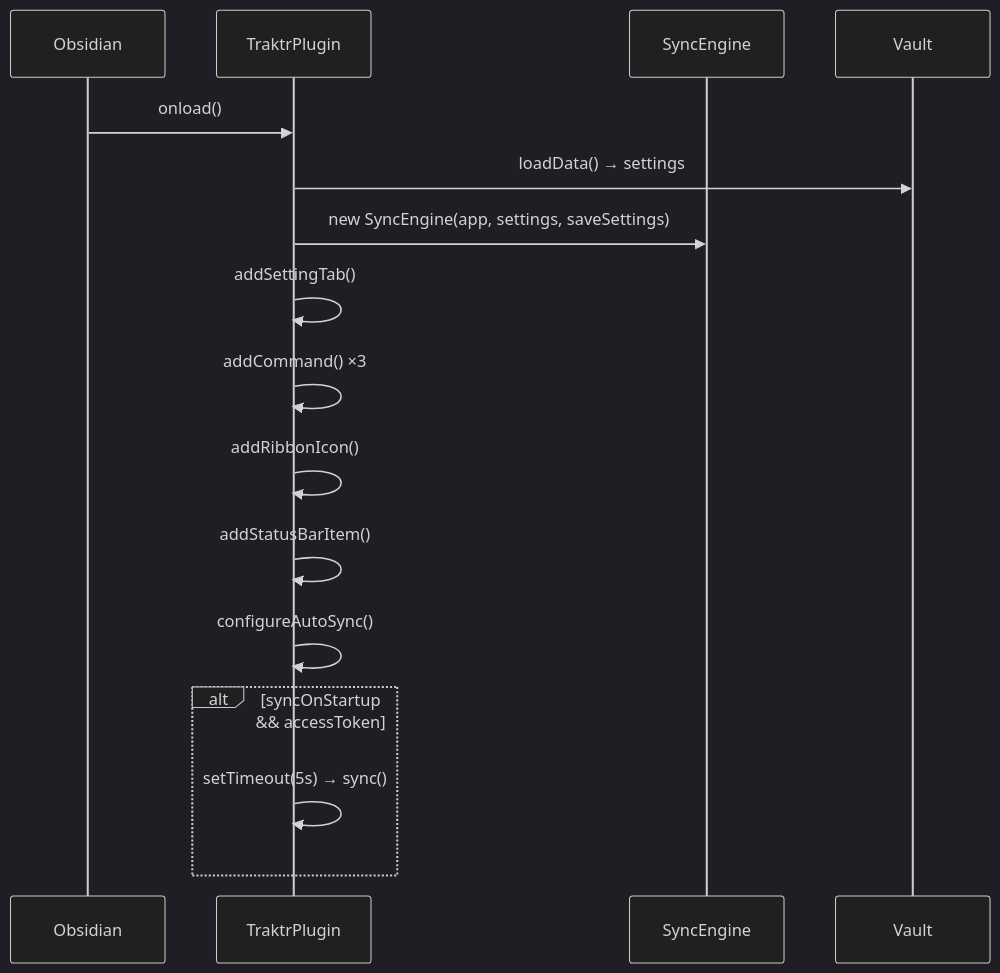
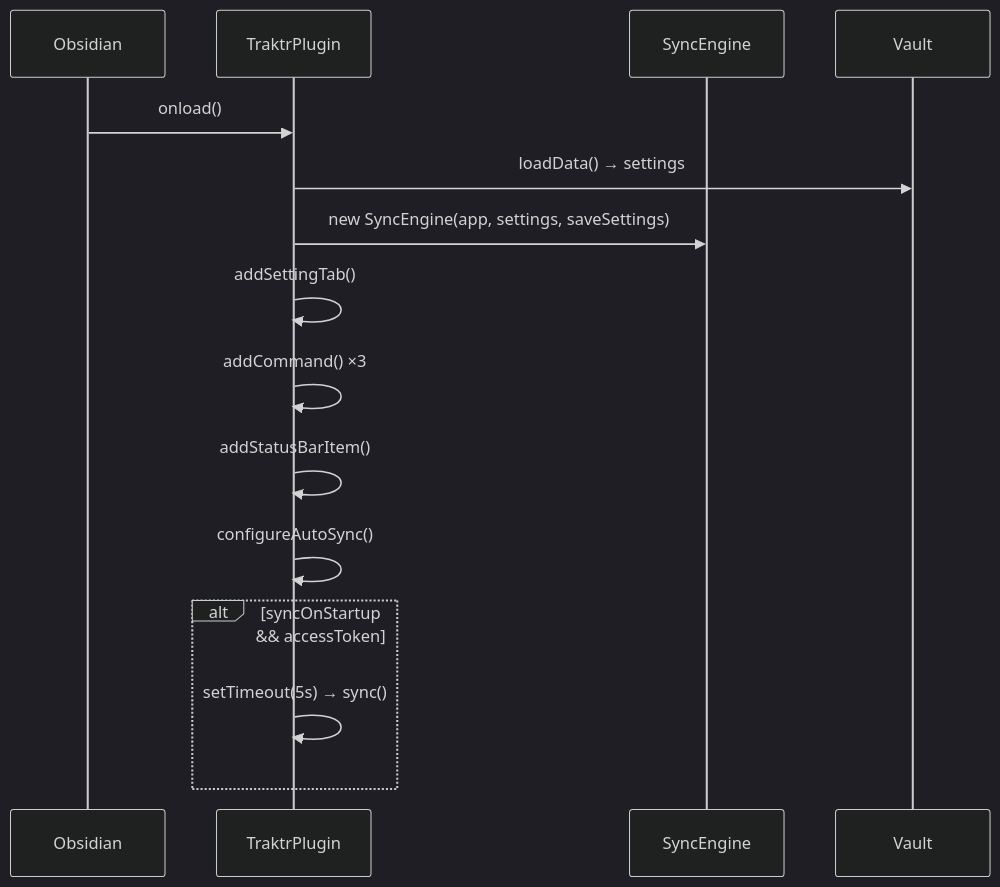
The third of 16 diagrams in doc/DEVELOPER.md (sarimabbas/traktr), drawn with Mermaid (dark theme) before and after one commit. The commit also changed other lines of this file and 6 other files, not shown here.

````diff
--- a/doc/DEVELOPER.md
+++ b/doc/DEVELOPER.md
@@ -109,19 +109,18 @@
 ```mermaid
 sequenceDiagram
     participant OBS as Obsidian
     participant MAIN as TraktrPlugin
     participant SE as SyncEngine
     participant VAULT as Vault
 
     OBS->>MAIN: onload()
     MAIN->>VAULT: loadData() → settings
     MAIN->>SE: new SyncEngine(app, settings, saveSettings)
     MAIN->>MAIN: addSettingTab()
     MAIN->>MAIN: addCommand() ×3
-    MAIN->>MAIN: addRibbonIcon()
     MAIN->>MAIN: addStatusBarItem()
     MAIN->>MAIN: configureAutoSync()
     alt syncOnStartup && accessToken
         MAIN->>MAIN: setTimeout(5s) → sync()
     end
 ```
````
